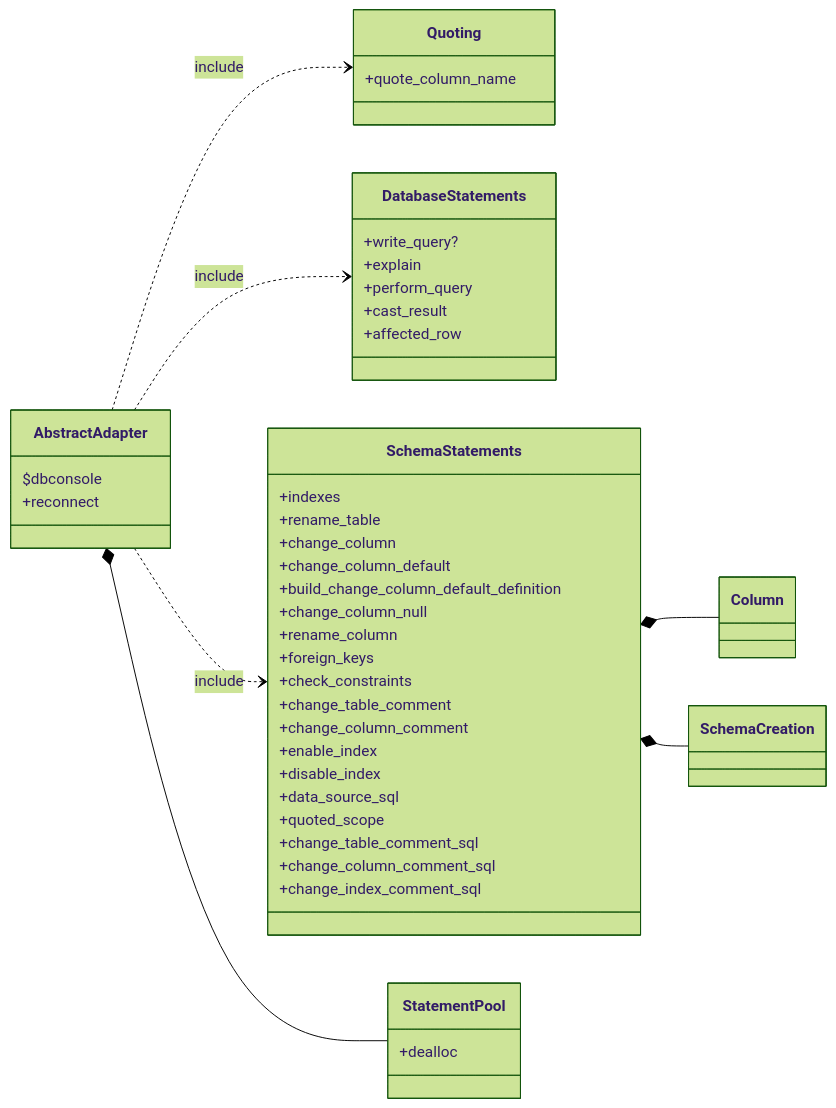
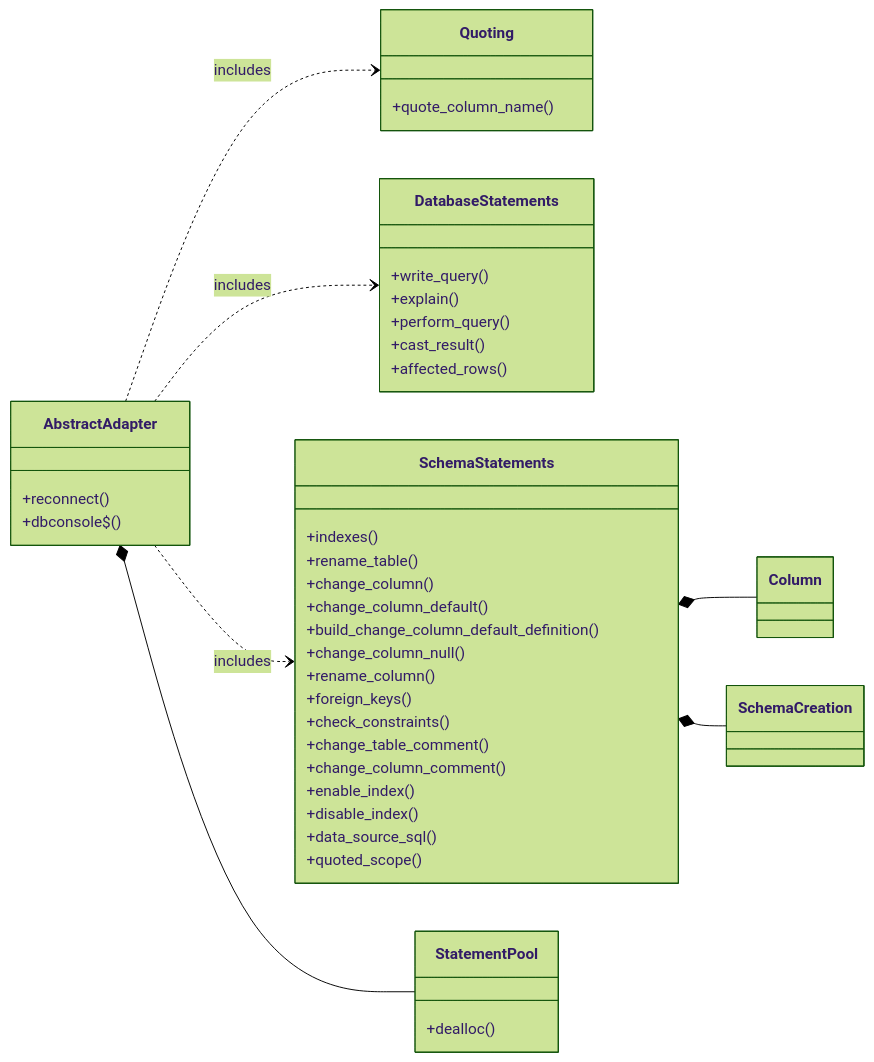
One commit to GPif/gpif.github.io changed the diagram in _posts/2026-07-10-arfirst.md. Above: the diagram before and after it, drawn with Mermaid (forest theme).

Commit message:
fix(mermaid): fix mermaid syntax

```diff
--- a/_posts/2026-07-10-arfirst.md
+++ b/_posts/2026-07-10-arfirst.md
@@ -21,50 +21,54 @@
 <div class="mermaid">
   classDiagram
   direction LR
-  class AbstractAdapter{
-  $dbconsole
-  +reconnect
+
+  class AbstractAdapter {
+    +reconnect()
+    +dbconsole$()
   }
-  class Quoting{
-  +quote_column_name
+
+  class Quoting {
+    +quote_column_name()
   }
-  class DatabaseStatements{
-  +write_query?
-  +explain
-  +perform_query
-  +cast_result
-  +affected_row
+
+  class DatabaseStatements {
+    +write_query()
+    +explain()
+    +perform_query()
+    +cast_result()
+    +affected_rows()
   }
-  class SchemaStatements{
-  +indexes
-  +rename_table
-  +change_column
-  +change_column_default
-  +build_change_column_default_definition
-  +change_column_null
-  +rename_column
-  +foreign_keys
-  +check_constraints
-  +change_table_comment
-  +change_column_comment
-  +enable_index
-  +disable_index
-  +data_source_sql
-  +quoted_scope
-  +change_table_comment_sql
-  +change_column_comment_sql
-  +change_index_comment_sql
+
+  class SchemaStatements {
+    +indexes()
+    +rename_table()
+    +change_column()
+    +change_column_default()
+    +build_change_column_default_definition()
+    +change_column_null()
+    +rename_column()
+    +foreign_keys()
+    +check_constraints()
+    +change_table_comment()
+    +change_column_comment()
+    +enable_index()
+    +disable_index()
+    +data_source_sql()
+    +quoted_scope()
   }
+
   class Column
+
   class StatementPool {
-  +dealloc
+    +dealloc()
   }
+
   class SchemaCreation
 
-  AbstractAdapter ..> Quoting : include
-  AbstractAdapter ..> DatabaseStatements : include
-  AbstractAdapter ..> SchemaStatements : include
+  AbstractAdapter ..> Quoting : includes
+  AbstractAdapter ..> DatabaseStatements : includes
+  AbstractAdapter ..> SchemaStatements : includes
   AbstractAdapter *-- StatementPool
   SchemaStatements *-- Column
   SchemaStatements *-- SchemaCreation
 </div>
```
